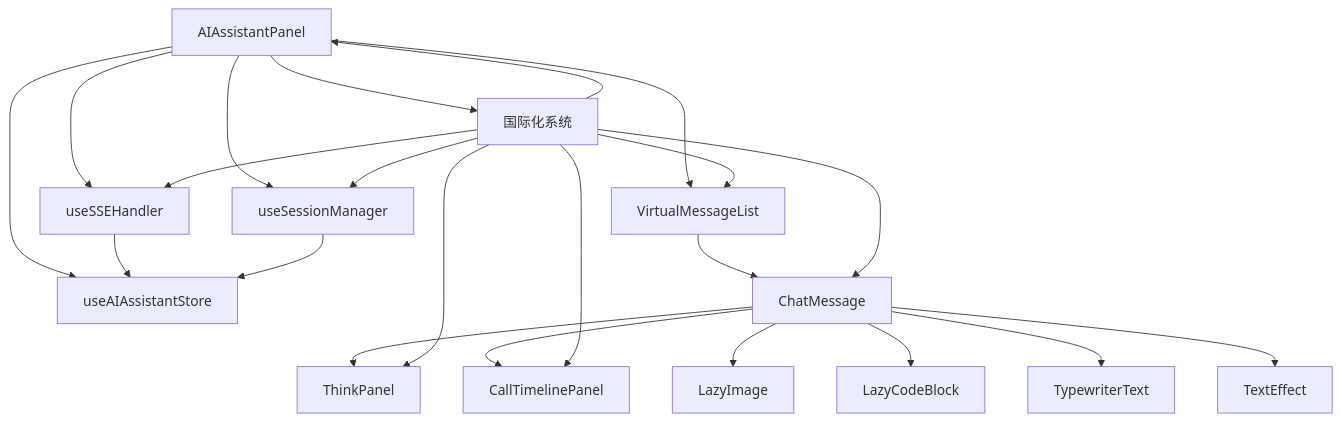
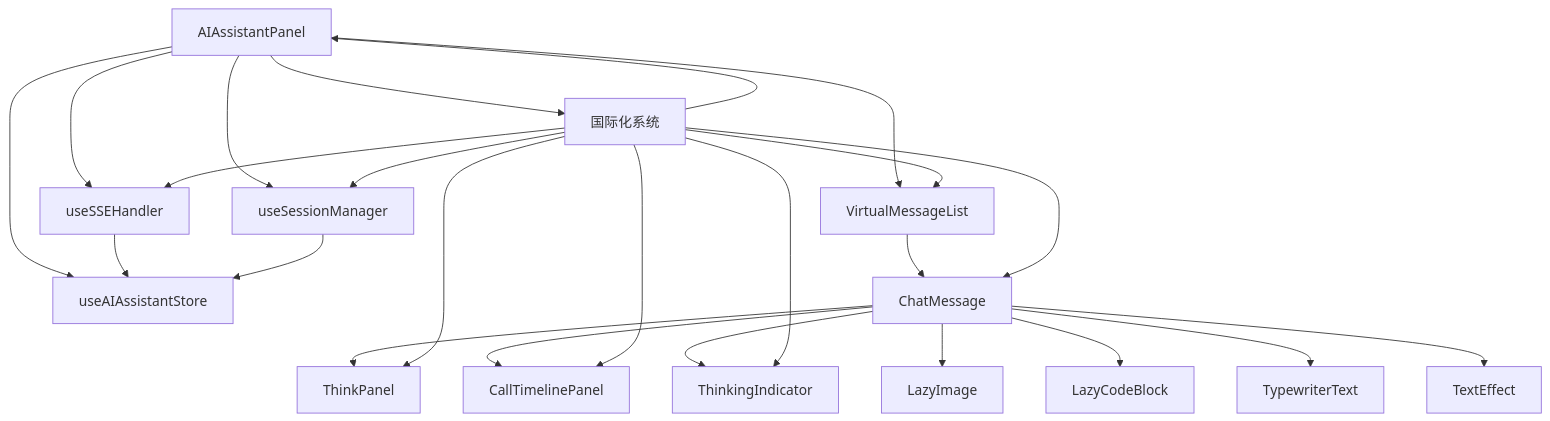
One commit to KunLabAI/KunFlix changed diagram 16 of 16 in .qoder/repowiki/zh/content/系统架构/前端架构/组件架构/AI助手组件/AI助手组件.md. Above: the diagram before and after it, drawn with Mermaid. The commit also changed other lines of this file and 14 other files, not shown here.

````diff
--- a/.qoder/repowiki/zh/content/系统架构/前端架构/组件架构/AI助手组件/AI助手组件.md
+++ b/.qoder/repowiki/zh/content/系统架构/前端架构/组件架构/AI助手组件/AI助手组件.md
@@ -763,24 +755,26 @@
 ```mermaid
 graph TB
 Panel["AIAssistantPanel"] --> SSE["useSSEHandler"]
 Panel --> SM["useSessionManager"]
 Panel --> Store["useAIAssistantStore"]
 Panel --> VM["VirtualMessageList"]
 Panel --> I18n["国际化系统"]
 VM --> CM["ChatMessage"]
 CM --> TP["ThinkPanel"]
 CM --> CT["CallTimelinePanel"]
+CM --> TI["ThinkingIndicator"]
 CM --> LI["LazyImage"]
 CM --> LCB["LazyCodeBlock"]
 CM --> TT["TypewriterText"]
 CM --> TE["TextEffect"]
 SSE --> Store
 SM --> Store
 I18n --> Panel
 I18n --> CM
 I18n --> TP
 I18n --> CT
+I18n --> TI
 I18n --> VM
 I18n --> SSE
 I18n --> SM
 ```
````
